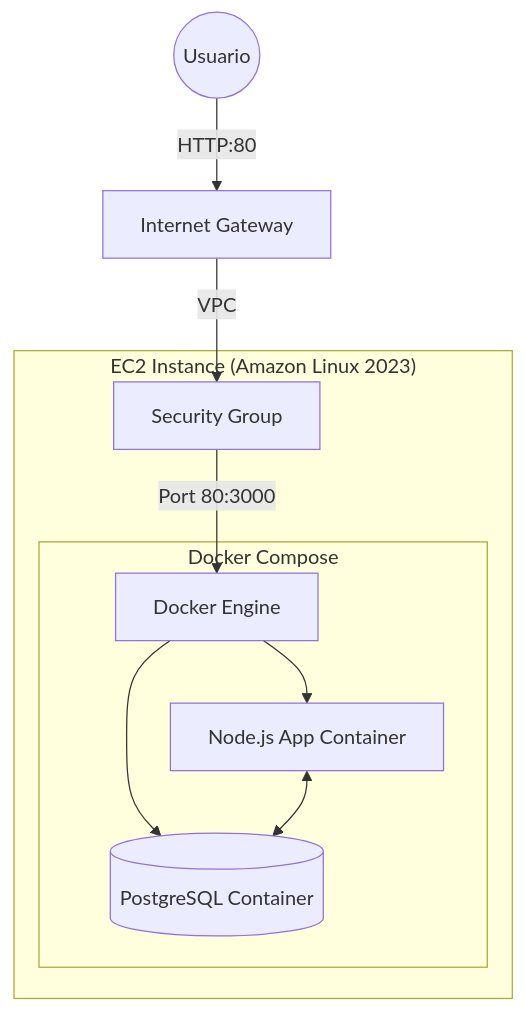
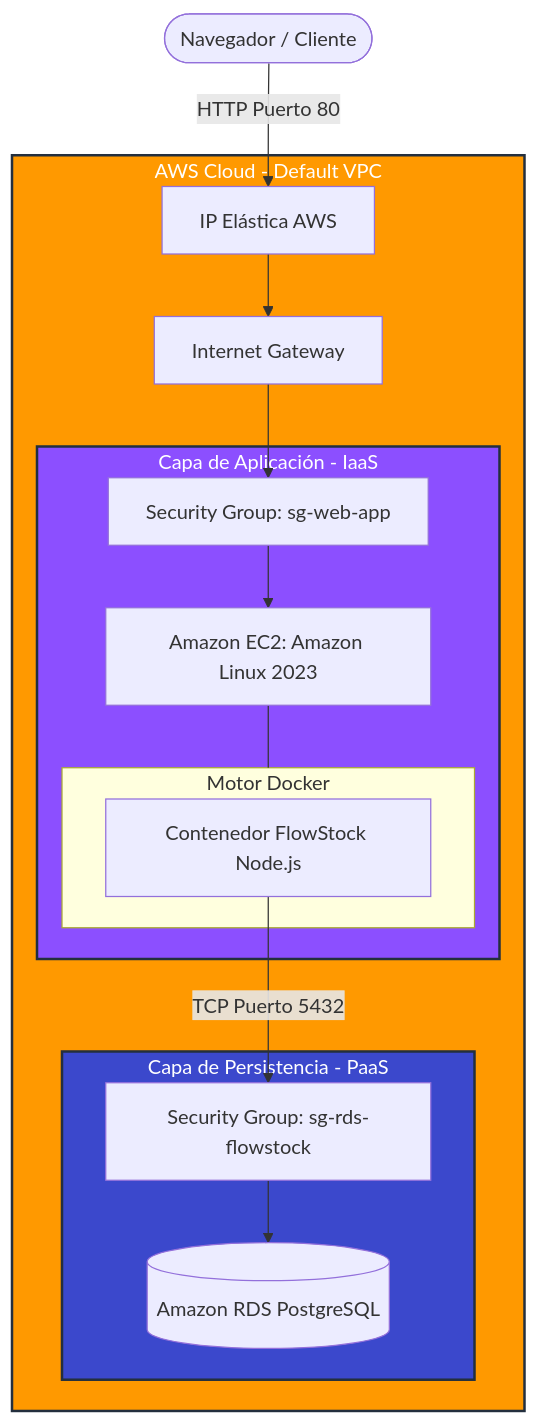
The diagram in README.md (bastiovalleipvg/FlowStock), drawn with Mermaid before and after one commit. The commit also changed other lines of this file, not shown here.

First line of the commit message:
Revamp README: architecture & AWS deploy guide

````diff
--- a/README.md
+++ b/README.md
@@ -12,13 +19,31 @@
 ```mermaid
 graph TD
-    User((Usuario)) -->|HTTP:80| IGW[Internet Gateway]
-    IGW -->|VPC| SG[Security Group]
-    subgraph "EC2 Instance (Amazon Linux 2023)"
-        SG -->|Port 80:3000| Docker[Docker Engine]
-        subgraph "Docker Compose"
-            Docker --> App[Node.js App Container]
-            Docker --> DB[(PostgreSQL Container)]
-            App <--> DB
+    Client([Navegador / Cliente]) -->|HTTP Puerto 80| EIP[IP Elástica AWS]
+
+    subgraph VPC [AWS Cloud - Default VPC]
+        EIP --> IGW[Internet Gateway]
+        IGW --> SG_Web[Security Group: sg-web-app]
+
+        subgraph Capa_Computo [Capa de Aplicación - IaaS]
+            SG_Web --> EC2[Amazon EC2: Amazon Linux 2023]
+            subgraph Docker_Host [Motor Docker]
+                App[Contenedor FlowStock Node.js]
+            end
+            EC2 --- Docker_Host
+        end
+
+        App -->|TCP Puerto 5432| SG_RDS[Security Group: sg-rds-flowstock]
+
+        subgraph Capa_Datos [Capa de Persistencia - PaaS]
+            SG_RDS --> RDS[(Amazon RDS PostgreSQL)]
         end
     end
+
+    classDef aws fill:#FF9900,stroke:#232F3E,stroke-width:2px,color:white;
+    classDef ec2 fill:#8C4FFF,stroke:#232F3E,stroke-width:2px,color:white;
+    classDef rds fill:#3B48CC,stroke:#232F3E,stroke-width:2px,color:white;
+
+    class VPC aws;
+    class Capa_Computo ec2;
+    class Capa_Datos rds;
 ```
````
